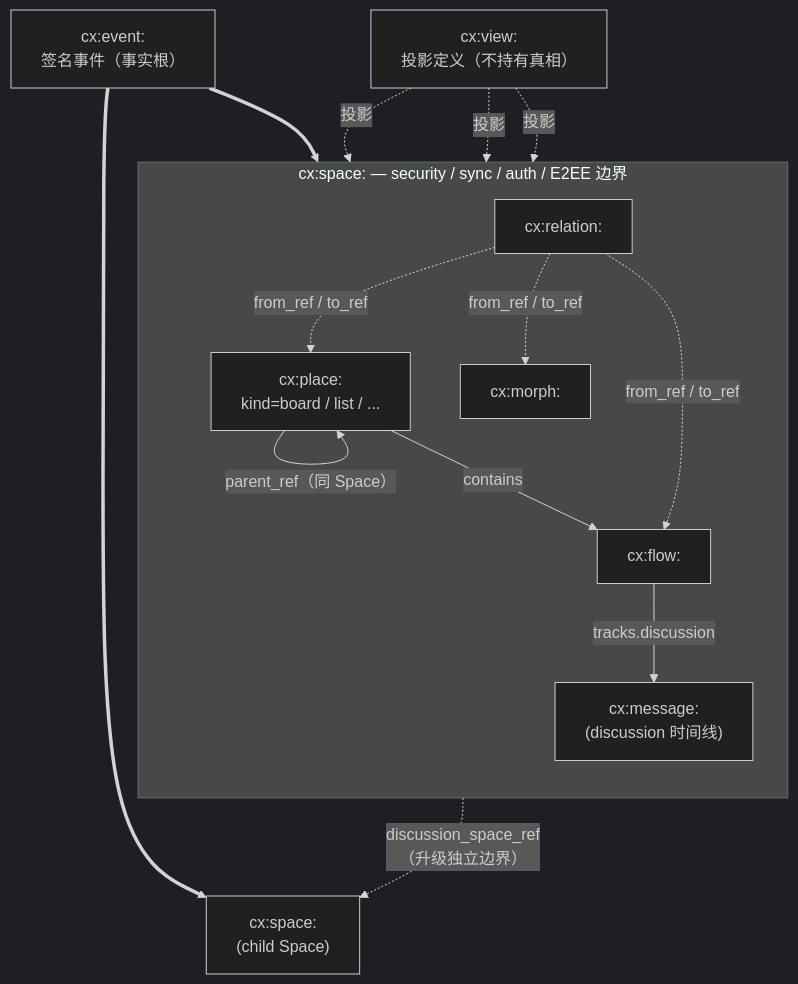
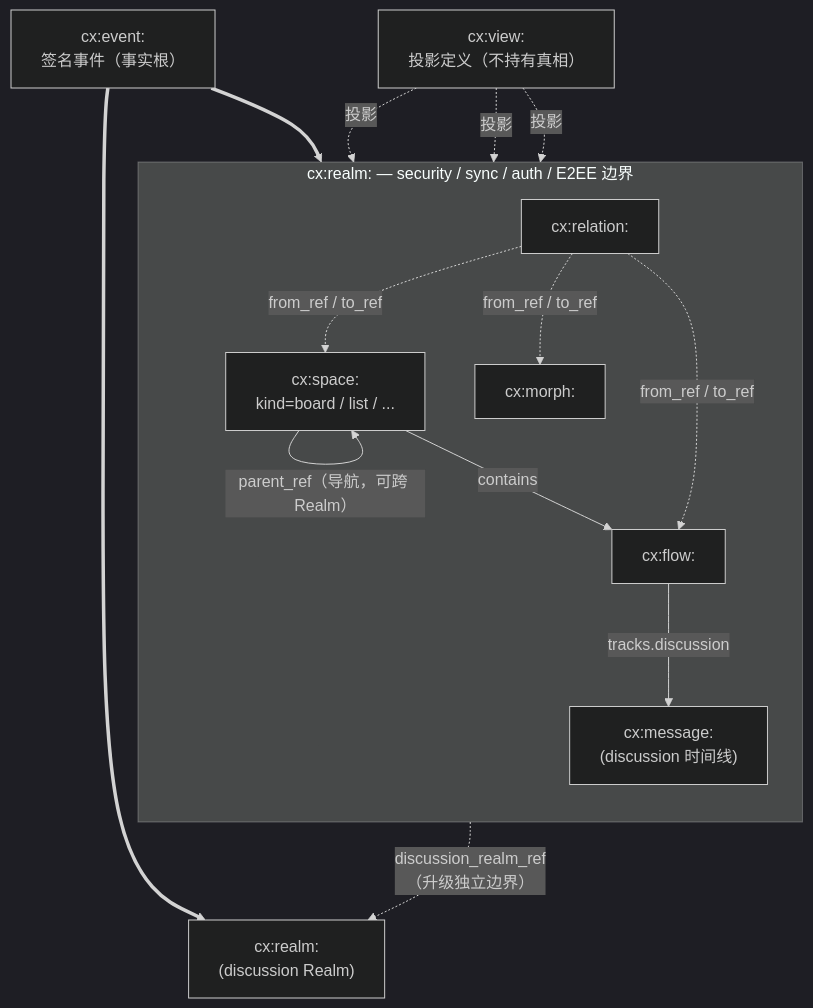
The diagram in spec/v1/zh/models/overview.md (arkret-org/arkret-spec), drawn with Mermaid (dark theme) before and after one commit. The commit also changed other lines of this file and 162 other files, not shown here.

Commit message:
Rework Realm and Space boundaries

````diff
--- a/spec/v1/zh/models/overview.md
+++ b/spec/v1/zh/models/overview.md
@@ -76,31 +76,31 @@
 ```mermaid
 flowchart TB
     Event["cx:event:<br/>签名事件（事实根）"]
 
-    subgraph SP ["cx:space: — security / sync / auth / E2EE 边界"]
+    subgraph SP ["cx:realm: — security / sync / auth / E2EE 边界"]
         direction TB
-        Place["cx:place:<br/>kind=board / list / ..."]
+        Space["cx:space:<br/>kind=board / list / ..."]
         Flow["cx:flow:"]
         Morph["cx:morph:"]
         Msg["cx:message:<br/>(discussion 时间线)"]
         Rel["cx:relation:"]
 
-        Place -- "contains" --> Flow
-        Place -- "parent_ref（同 Space）" --> Place
+        Space -- "contains" --> Flow
+        Space -- "parent_ref（导航，可跨 Realm）" --> Space
         Flow -- "tracks.discussion" --> Msg
         Rel -. "from_ref / to_ref" .-> Flow
         Rel -. "from_ref / to_ref" .-> Morph
-        Rel -. "from_ref / to_ref" .-> Place
+        Rel -. "from_ref / to_ref" .-> Space
     end
 
-    ChildSP["cx:space:<br/>(child Space)"]
-    Flow -. "discussion_space_ref<br/>（升级独立边界）" .-> ChildSP
+    DiscussionRealm["cx:realm:<br/>(discussion Realm)"]
+    Flow -. "discussion_realm_ref<br/>（升级独立边界）" .-> DiscussionRealm
 
     View["cx:view:<br/>投影定义（不持有真相）"]
     View -. "投影" .-> Flow
-    View -. "投影" .-> Place
+    View -. "投影" .-> Space
     View -. "投影" .-> Msg
 
     Event ==> SP
-    Event ==> ChildSP
+    Event ==> DiscussionRealm
 ```
````
